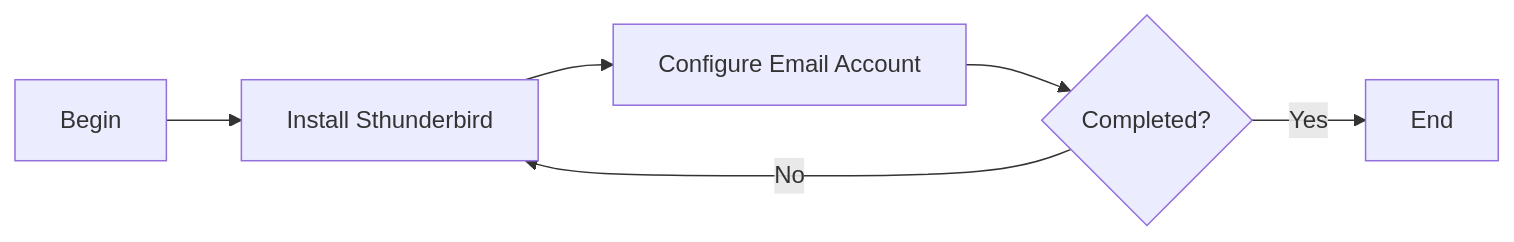
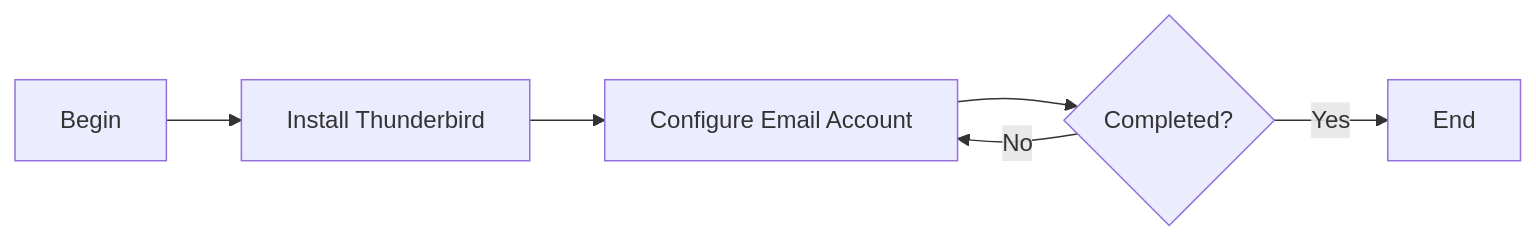
The diagram in devops/email-server/thunderbird.md (codersyacht/maximo-knowledge-center), drawn with Mermaid before and after one commit.

Commit message:
thunderbird

````diff
--- a/devops/email-server/thunderbird.md
+++ b/devops/email-server/thunderbird.md
@@ -17,8 +17,8 @@
 ```mermaid
 graph LR
-A[Begin] -->B[Install Sthunderbird]
+A[Begin] -->B[Install Thunderbird]
 B --> C[Configure Email Account]
 C-->D{Completed?}
-D--> |No|B 
+D--> |No|C
 D--> |Yes| E[End]
 ```
````
